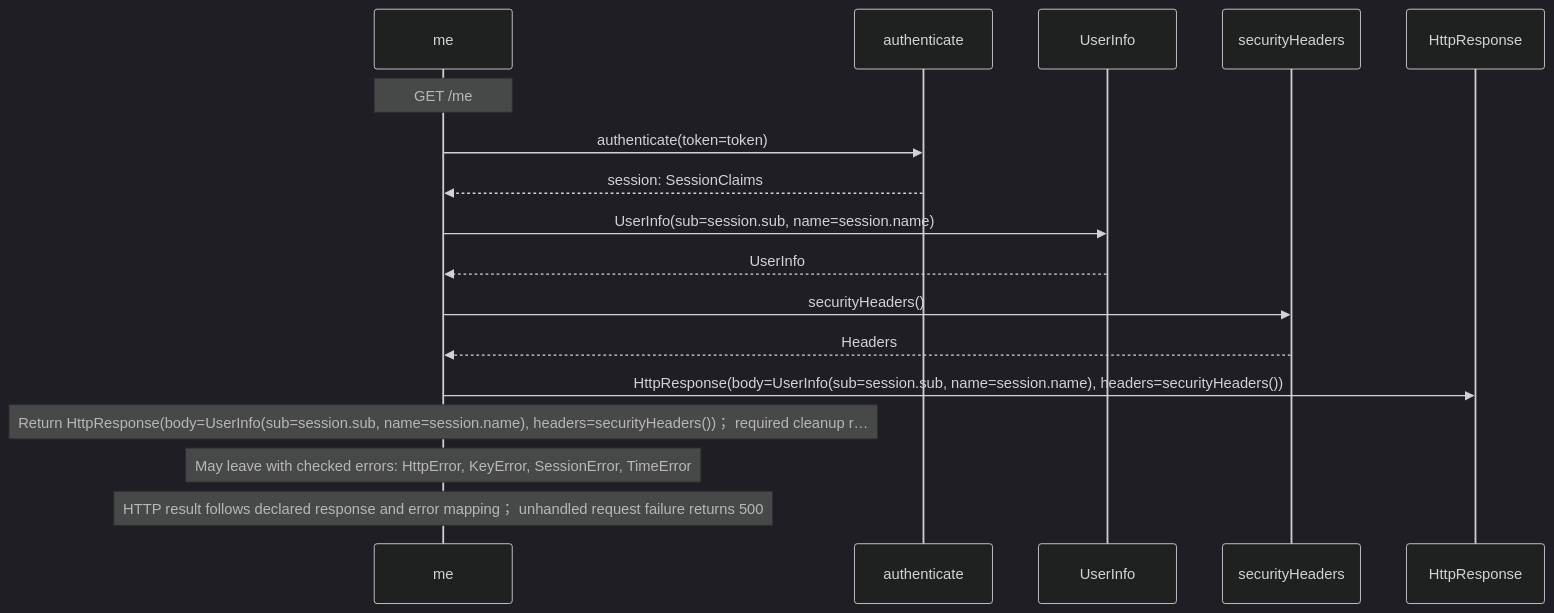
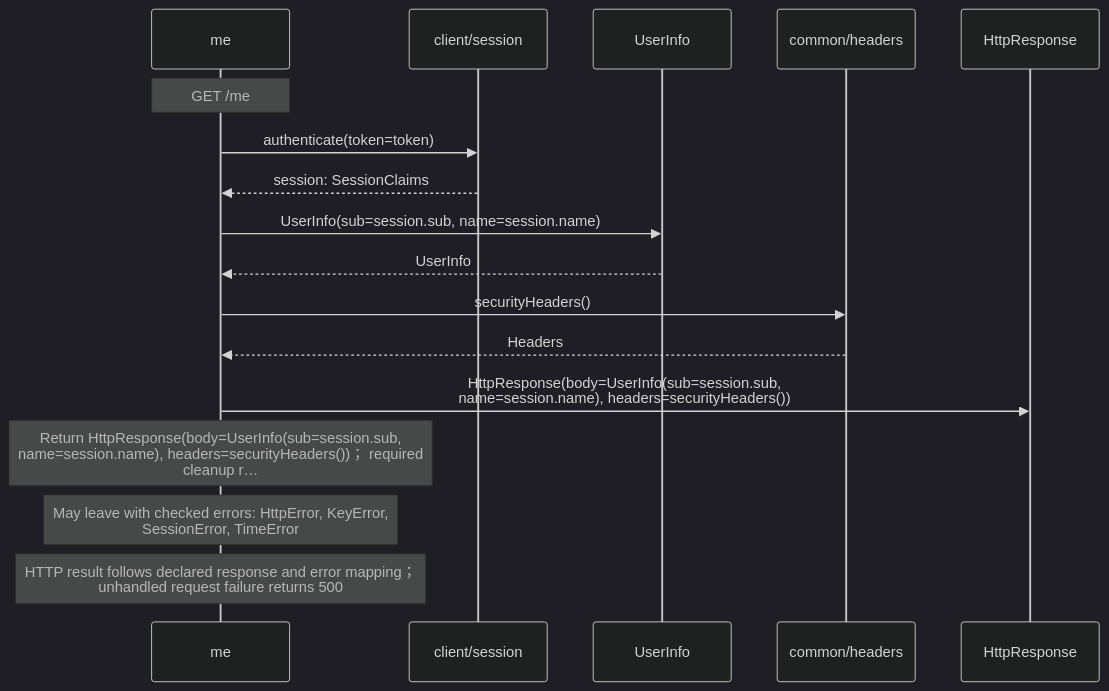
The fourth of 4 diagrams in docs/examples/oidc-login/client/endpoints-diagrams.md (GreenPandaStudios/augscript), drawn with Mermaid (dark theme) before and after one commit. The commit also changed other lines of this file and 200 other files, not shown here.

Commit message:
Group imported operations and wrap readable sequence messages

````diff
--- a/docs/examples/oidc-login/client/endpoints-diagrams.md
+++ b/docs/examples/oidc-login/client/endpoints-diagrams.md
@@ -116,19 +115,19 @@
 ```mermaid
 sequenceDiagram
     participant p0 as me
-    participant p1 as authenticate
+    participant p1 as client/session
     participant p2 as UserInfo
-    participant p3 as securityHeaders
+    participant p3 as common/headers
     participant p4 as HttpResponse
     Note over p0: GET /me
     p0->>p1: authenticate(token=token)
     p1-->>p0: session: SessionClaims
     p0->>p2: UserInfo(sub=session.sub, name=session.name)
     p2-->>p0: UserInfo
     p0->>p3: securityHeaders()
     p3-->>p0: Headers
-    p0->>p4: HttpResponse(body=UserInfo(sub=session.sub, name=session.name), headers=securityHeaders())
-    Note over p0: Return HttpResponse(body=UserInfo(sub=session.sub, name=session.name), headers=securityHeaders())； required cleanup r…
-    Note over p0: May leave with checked errors: HttpError, KeyError, SessionError, TimeError
-    Note over p0: HTTP result follows declared response and error mapping； unhandled request failure returns 500
+    p0->>p4: HttpResponse(body=UserInfo(sub=session.sub,<br/>name=session.name), headers=securityHeaders())
+    Note over p0: Return HttpResponse(body=UserInfo(sub=session.sub,<br/>name=session.name), headers=securityHeaders())； required<br/>cleanup r…
+    Note over p0: May leave with checked errors: HttpError, KeyError,<br/>SessionError, TimeError
+    Note over p0: HTTP result follows declared response and error mapping；<br/>unhandled request failure returns 500
 ```
````
